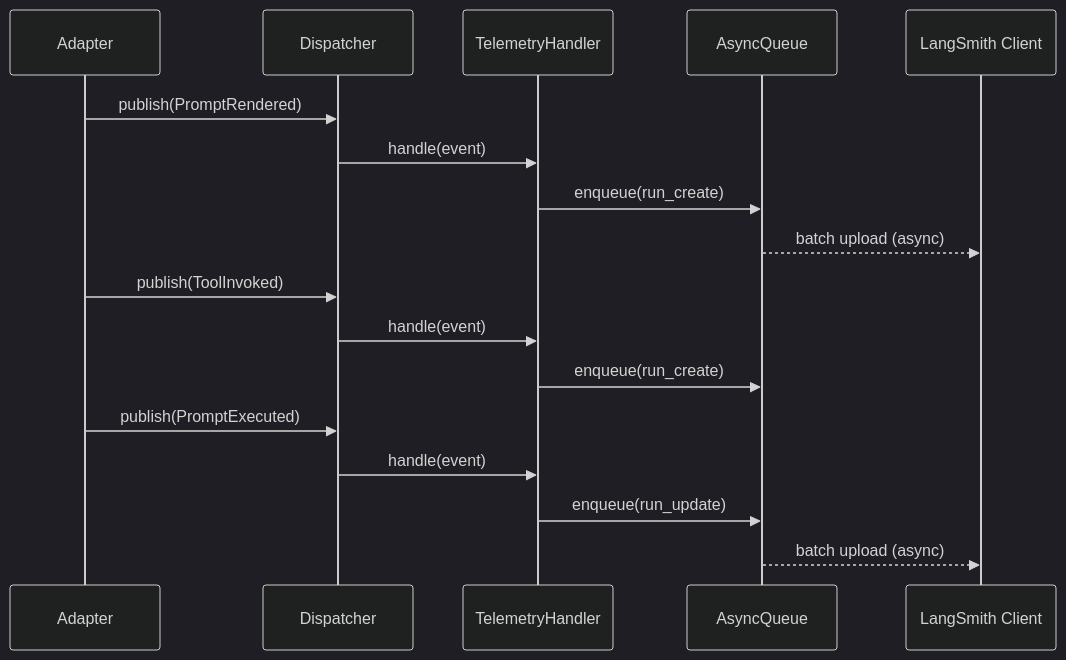
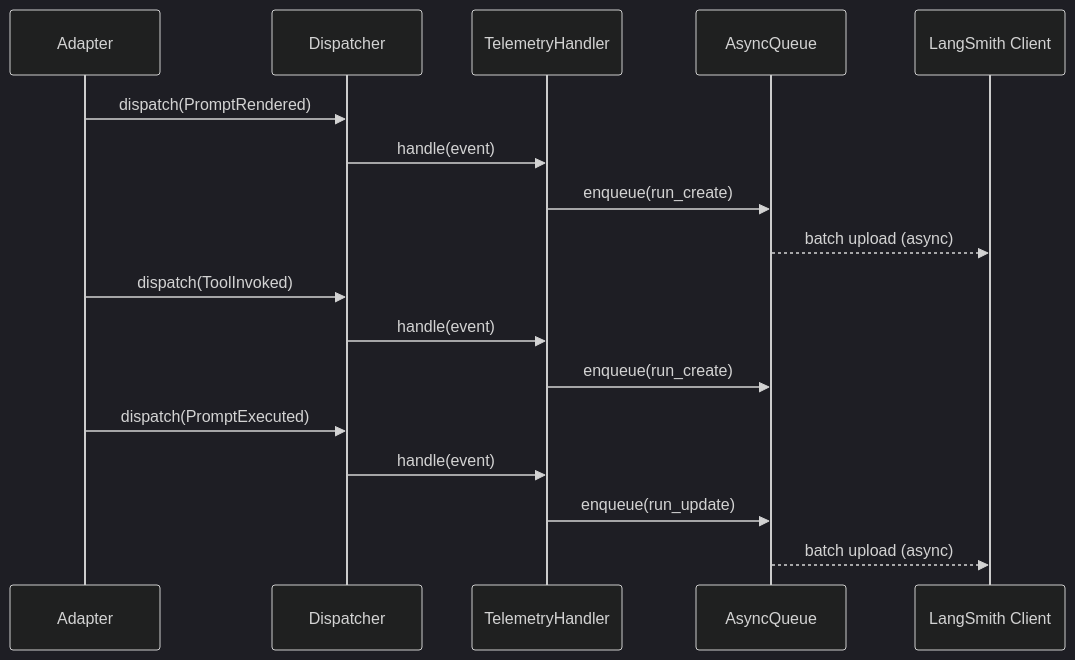
The third of 6 diagrams in specs/LANGSMITH.md (weakincentives/weakincentives), drawn with Mermaid (dark theme) before and after one commit. The commit also changed other lines of this file, not shown here.

````diff
--- a/specs/LANGSMITH.md
+++ b/specs/LANGSMITH.md
@@ -213,22 +240,22 @@
 ```mermaid
 sequenceDiagram
     participant A as Adapter
-    participant B as Dispatcher
+    participant D as Dispatcher
     participant T as TelemetryHandler
     participant Q as AsyncQueue
     participant L as LangSmith Client
 
-    A->>B: publish(PromptRendered)
-    B->>T: handle(event)
+    A->>D: dispatch(PromptRendered)
+    D->>T: handle(event)
     T->>Q: enqueue(run_create)
     Q-->>L: batch upload (async)
 
-    A->>B: publish(ToolInvoked)
-    B->>T: handle(event)
+    A->>D: dispatch(ToolInvoked)
+    D->>T: handle(event)
     T->>Q: enqueue(run_create)
 
-    A->>B: publish(PromptExecuted)
-    B->>T: handle(event)
+    A->>D: dispatch(PromptExecuted)
+    D->>T: handle(event)
     T->>Q: enqueue(run_update)
     Q-->>L: batch upload (async)
 ```
````
